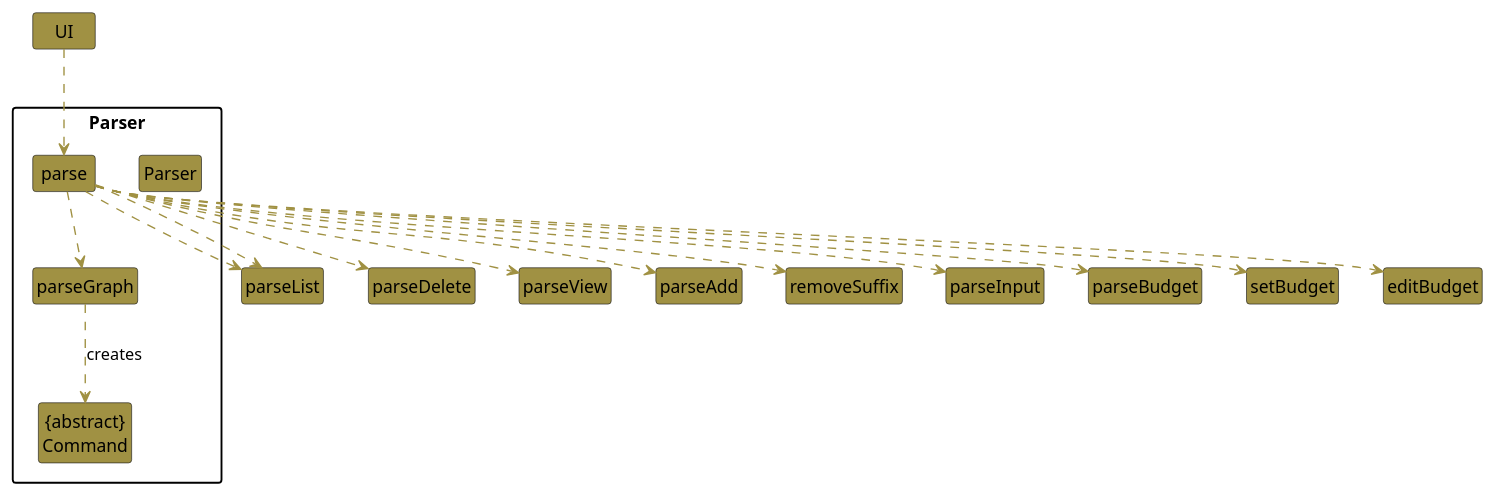
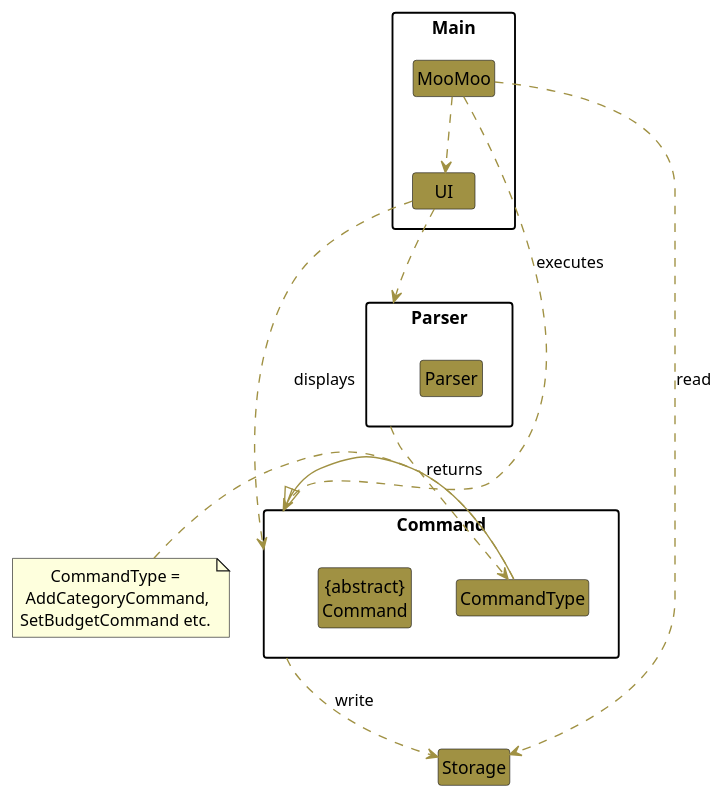
The diagram in docs/images/UML/Parser.puml (nusCS2113-AY1920S1/PersonalAssistant-Duke), drawn with PlantUML before and after one commit.

Commit message:
Added parse UML

```diff
--- a/docs/images/UML/Parser.puml
+++ b/docs/images/UML/Parser.puml
@@ -1,41 +1,43 @@
 @startuml
 skinparam arrowThickness 1.1
 skinparam arrowColor #A09143
 skinparam classBackgroundColor #A09143
 
 hide footbox
 hide members
 hide circle
 
 skinparam MinClassWidth 50
 skinparam ParticipantPadding 10
 skinparam Shadowing false
 skinparam DefaultTextAlignment center
 skinparam packageStyle Rectangle
 
 
+package Main {
+Class MooMoo
+Class UI
+}
+
 package Parser {
 Class Parser
-Class "{abstract}\nCommand" as Command
-Class parse
-class parseGraph
 }
 
+package Command {
+Class "{abstract}\nCommand" as Command
+Class CommandType
+}
 
-UI ..> parse
-parse ..> parseGraph
-parse ..> parseList
-parse ..> parseDelete
-parse ..> parseView
-parse ..> parseAdd
-parse ..> removeSuffix
-parse ..> parseInput
-parse ..> parseBudget
-parse ..> setBudget
-parse ..> editBudget
-parse ..> parseList
+UI ..> Parser
+Parser ..> CommandType : returns
+note left of CommandType: CommandType =\n AddCategoryCommand,\nSetBudgetCommand etc.
 
-parseGraph ..> Command : creates
+MooMoo ..> Command : executes
+CommandType -|> Command
+Command ..> Storage : write
+MooMoo ..> UI
+MooMoo ..> Storage : read
+UI ..> Command : displays
 
 
 @enduml
```
